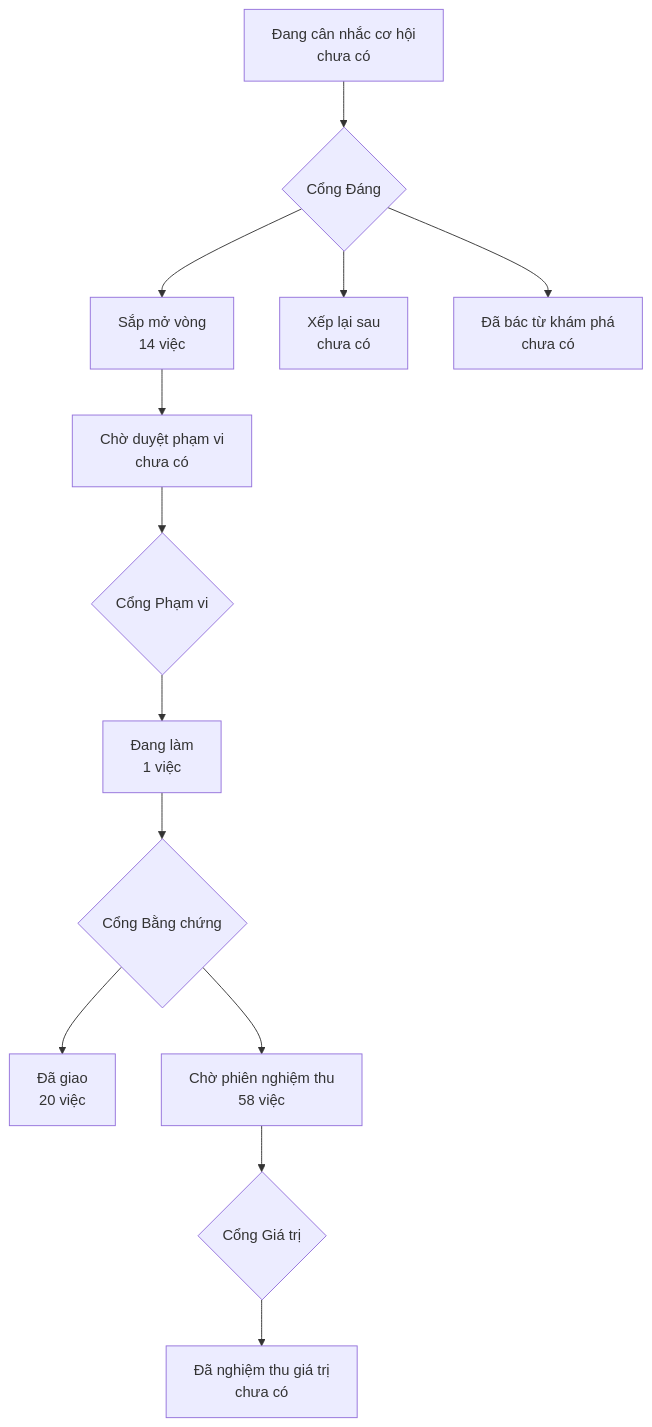
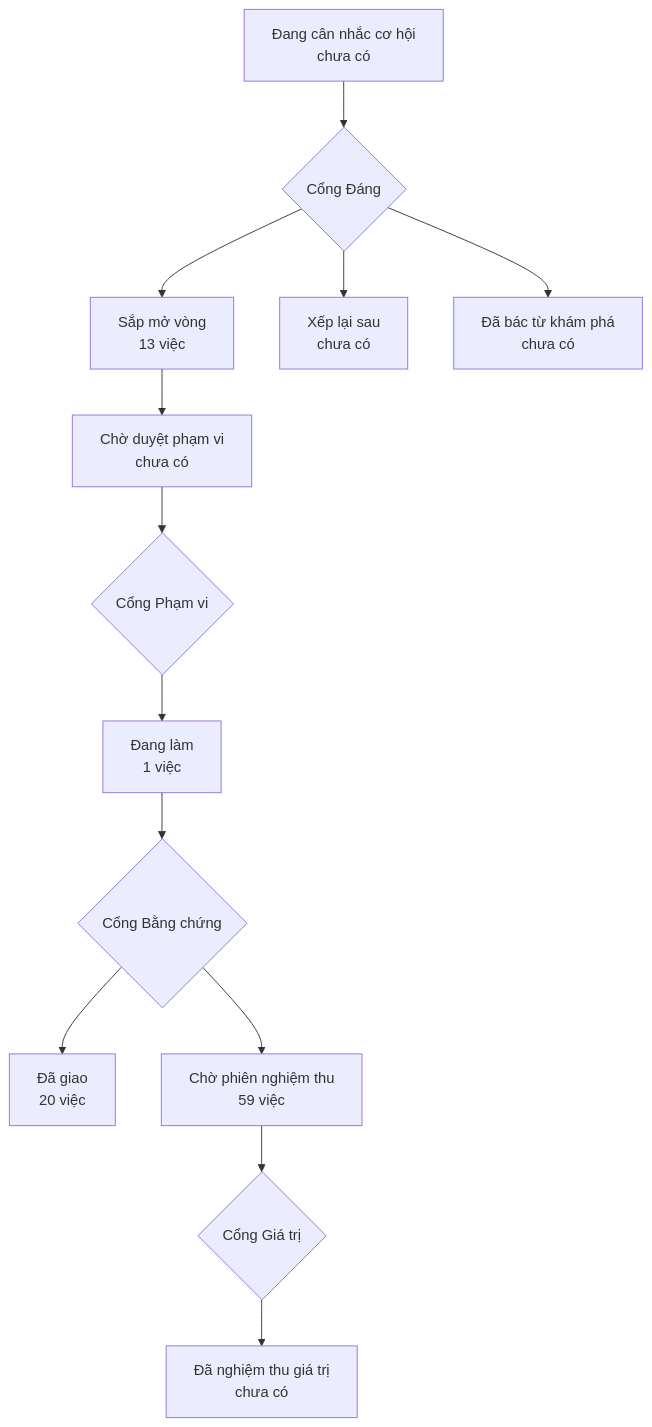
Before and after one commit to phanlemanh/onehub-quy-hang: the diagram in PRODUCT-MAP.md, drawn with Mermaid. The commit also changed 1 other file, not shown here.

Commit message:
chore: vẽ lại bản đồ sản phẩm và lộ trình sau gộp main

````diff
--- a/PRODUCT-MAP.md
+++ b/PRODUCT-MAP.md
@@ -7,12 +7,12 @@
 ```mermaid
 flowchart TD
   A["Đang cân nhắc cơ hội<br/>chưa có"] --> GD{"Cổng Đáng"}
-  GD --> B["Sắp mở vòng<br/>14 việc"]
+  GD --> B["Sắp mở vòng<br/>13 việc"]
   GD --> XL["Xếp lại sau<br/>chưa có"]
   GD --> DB["Đã bác từ khám phá<br/>chưa có"]
   B --> CD["Chờ duyệt phạm vi<br/>chưa có"] --> GP{"Cổng Phạm vi"}
   GP --> DL["Đang làm<br/>1 việc"] --> GB{"Cổng Bằng chứng"}
   GB --> DG["Đã giao<br/>20 việc"]
-  GB --> CN["Chờ phiên nghiệm thu<br/>58 việc"] --> GG{"Cổng Giá trị"}
+  GB --> CN["Chờ phiên nghiệm thu<br/>59 việc"] --> GG{"Cổng Giá trị"}
   GG --> NT["Đã nghiệm thu giá trị<br/>chưa có"]
 ```
````
